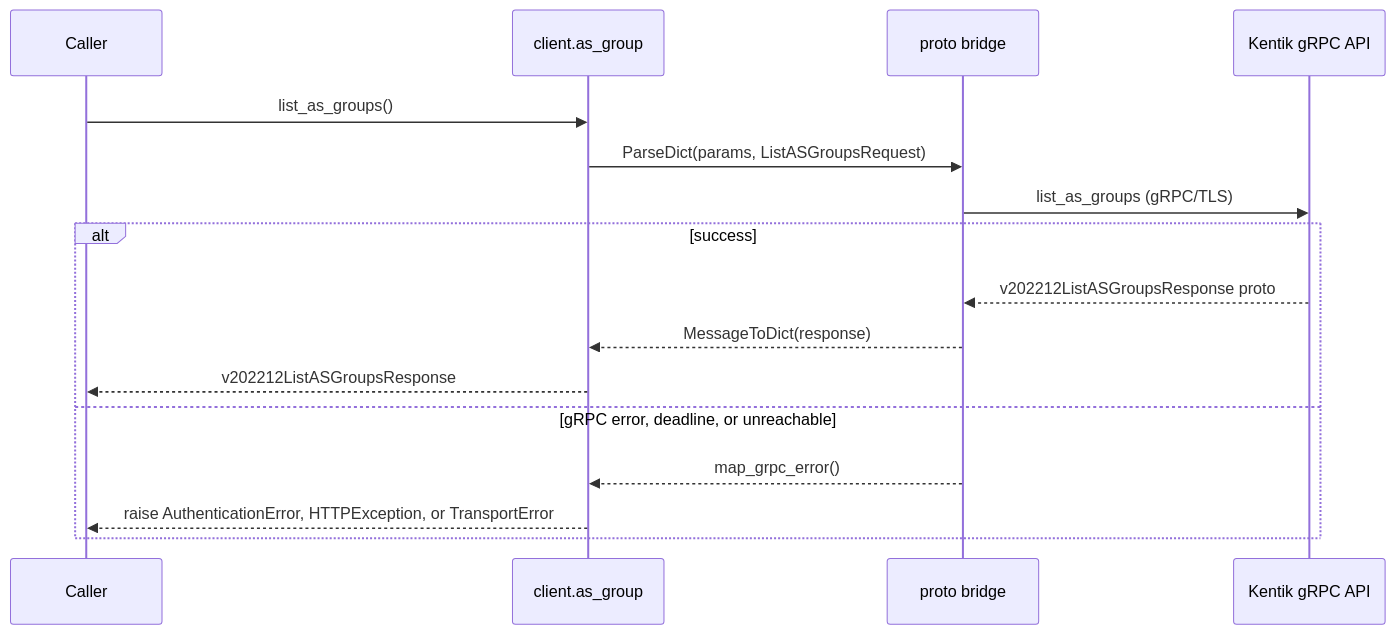
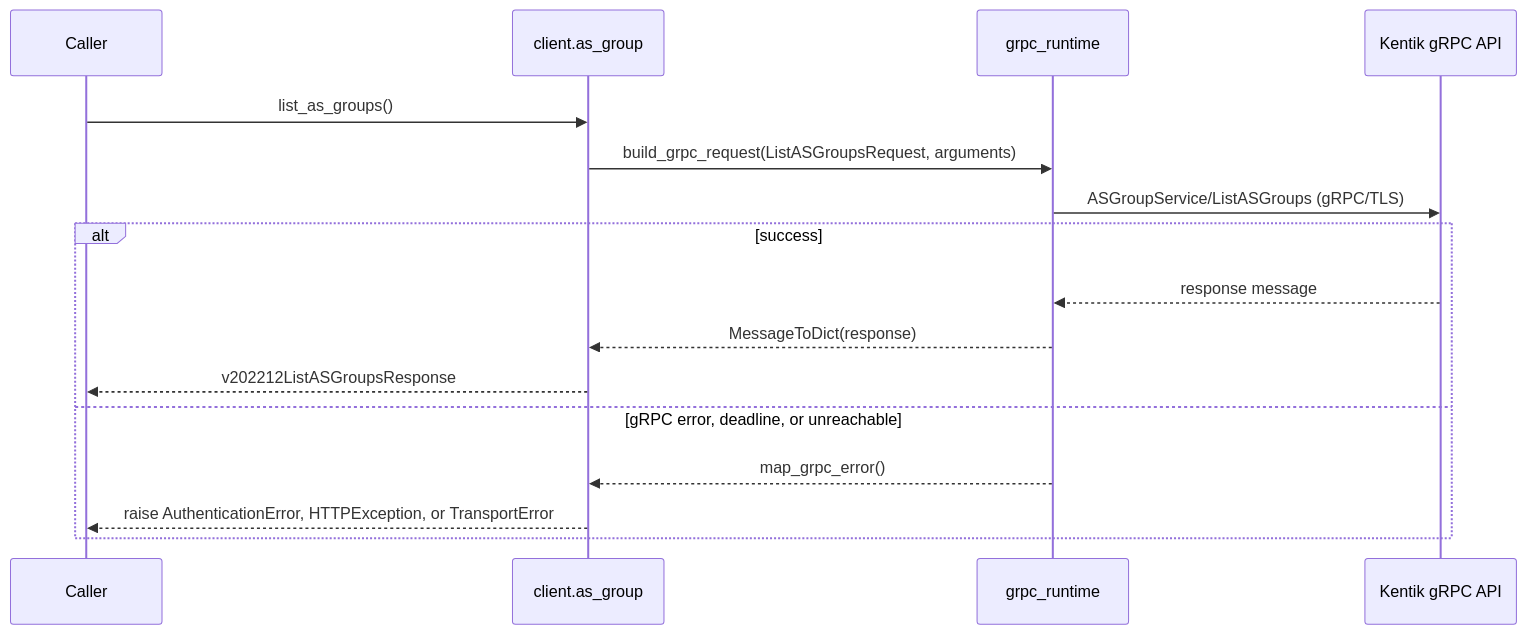
One commit to alexdearaujo/community_sdk_python changed the third of 12 diagrams in docs/sphinx/services/as_group.md. Above: the diagram before and after it, drawn with Mermaid. The commit also changed other lines of this file and 37 other files, not shown here.

First line of the commit message:
docs: show the real RPC in each service page's gRPC diagram

````diff
--- a/docs/sphinx/services/as_group.md
+++ b/docs/sphinx/services/as_group.md
@@ -59,19 +59,19 @@
 ```mermaid
 sequenceDiagram
     participant C as Caller
     participant W as client.as_group
-    participant B as proto bridge
+    participant R as grpc_runtime
     participant API as Kentik gRPC API
 
     C->>W: list_as_groups()
-    W->>B: ParseDict(params, ListASGroupsRequest)
-    B->>API: list_as_groups (gRPC/TLS)
+    W->>R: build_grpc_request(ListASGroupsRequest, arguments)
+    R->>API: ASGroupService/ListASGroups (gRPC/TLS)
     alt success
-        API-->>B: v202212ListASGroupsResponse proto
-        B-->>W: MessageToDict(response)
+        API-->>R: response message
+        R-->>W: MessageToDict(response)
         W-->>C: v202212ListASGroupsResponse
     else gRPC error, deadline, or unreachable
-        B-->>W: map_grpc_error()
+        R-->>W: map_grpc_error()
         W-->>C: raise AuthenticationError, HTTPException, or TransportError
     end
 ```
````
